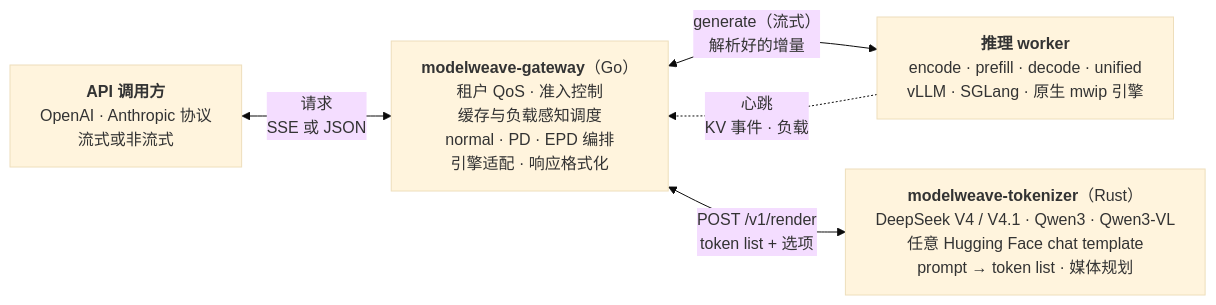
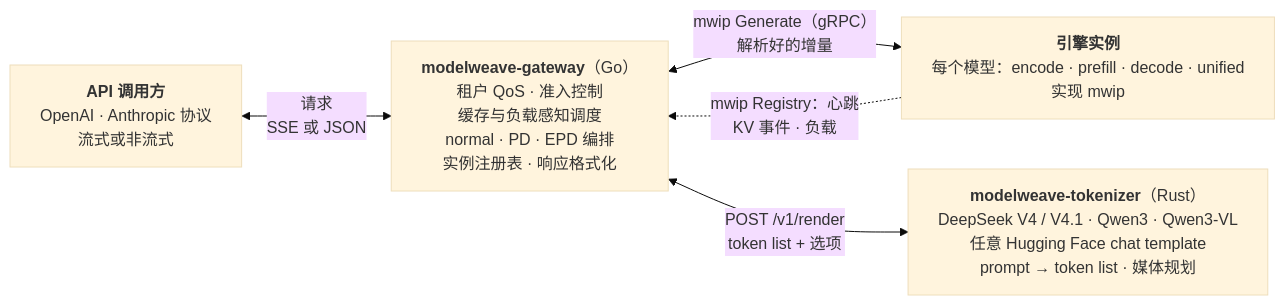
Before and after one commit to leonyang215/ModelWeave: the first of 2 diagrams in README.zh.md, drawn with Mermaid (base theme). The commit also changed other lines of this file and 7 other files, not shown here.

````diff
--- a/README.zh.md
+++ b/README.zh.md
@@ -20,13 +21,13 @@
 ```mermaid
 %%{init: {"flowchart": {"wrappingWidth": 360}}}%%
 flowchart LR
     client["<b>API 调用方</b><br/>OpenAI · Anthropic 协议<br/>流式或非流式"]
-    gateway["<b>modelweave-gateway</b>（Go）<br/>租户 QoS · 准入控制<br/>缓存与负载感知调度<br/>normal · PD · EPD 编排<br/>引擎适配 · 响应格式化"]
-    workers["<b>推理 worker</b><br/>encode · prefill · decode · unified<br/>vLLM · SGLang · 原生 mwip 引擎"]
+    gateway["<b>modelweave-gateway</b>（Go）<br/>租户 QoS · 准入控制<br/>缓存与负载感知调度<br/>normal · PD · EPD 编排<br/>实例注册表 · 响应格式化"]
+    workers["<b>引擎实例</b><br/>每个模型：encode · prefill · decode · unified<br/>实现 mwip"]
     tokenizer["<b>modelweave-tokenizer</b>（Rust）<br/>DeepSeek V4 / V4.1 · Qwen3 · Qwen3-VL<br/>任意 Hugging Face chat template<br/>prompt → token list · 媒体规划"]
 
     client <-->|"请求<br/>SSE 或 JSON"| gateway
-    gateway <-->|"generate（流式）<br/>解析好的增量"| workers
+    gateway <-->|"mwip Generate（gRPC）<br/>解析好的增量"| workers
     gateway <-->|"POST /v1/render<br/>token list + 选项"| tokenizer
-    workers -.->|"心跳<br/>KV 事件 · 负载"| gateway
+    workers -.->|"mwip Registry：心跳<br/>KV 事件 · 负载"| gateway
 ```
````
